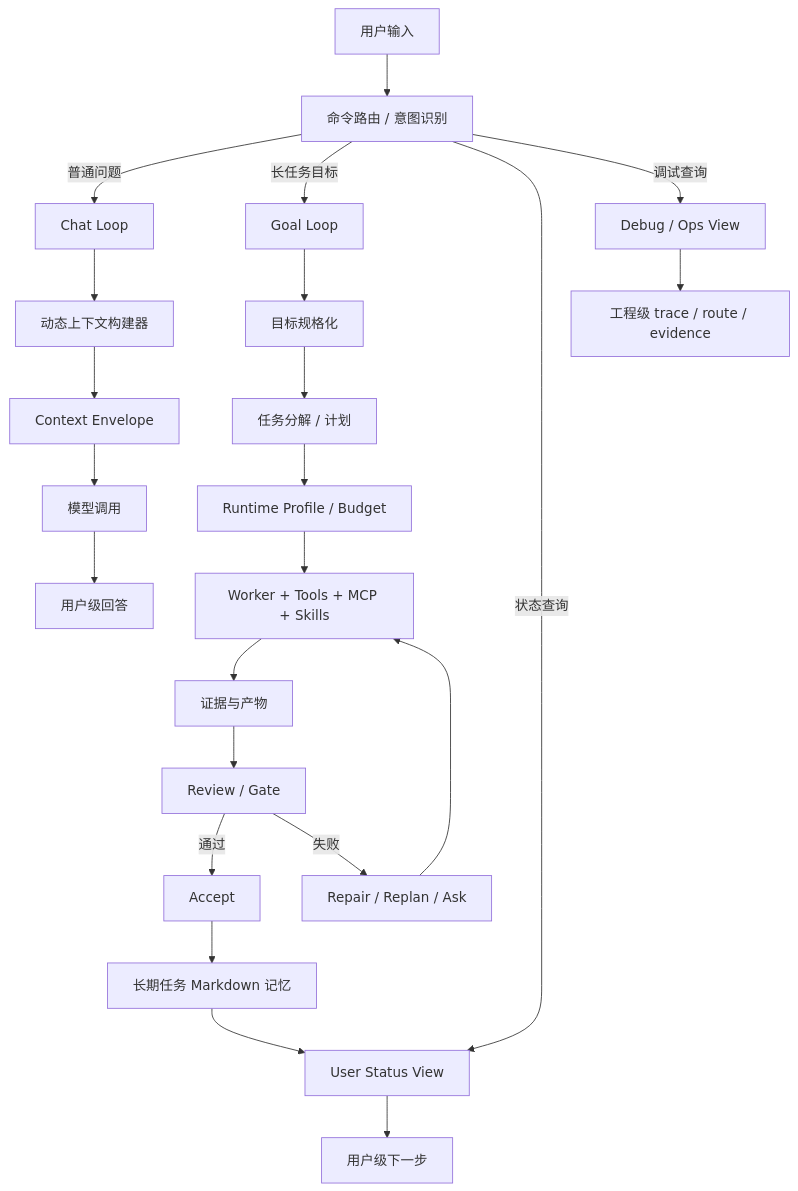
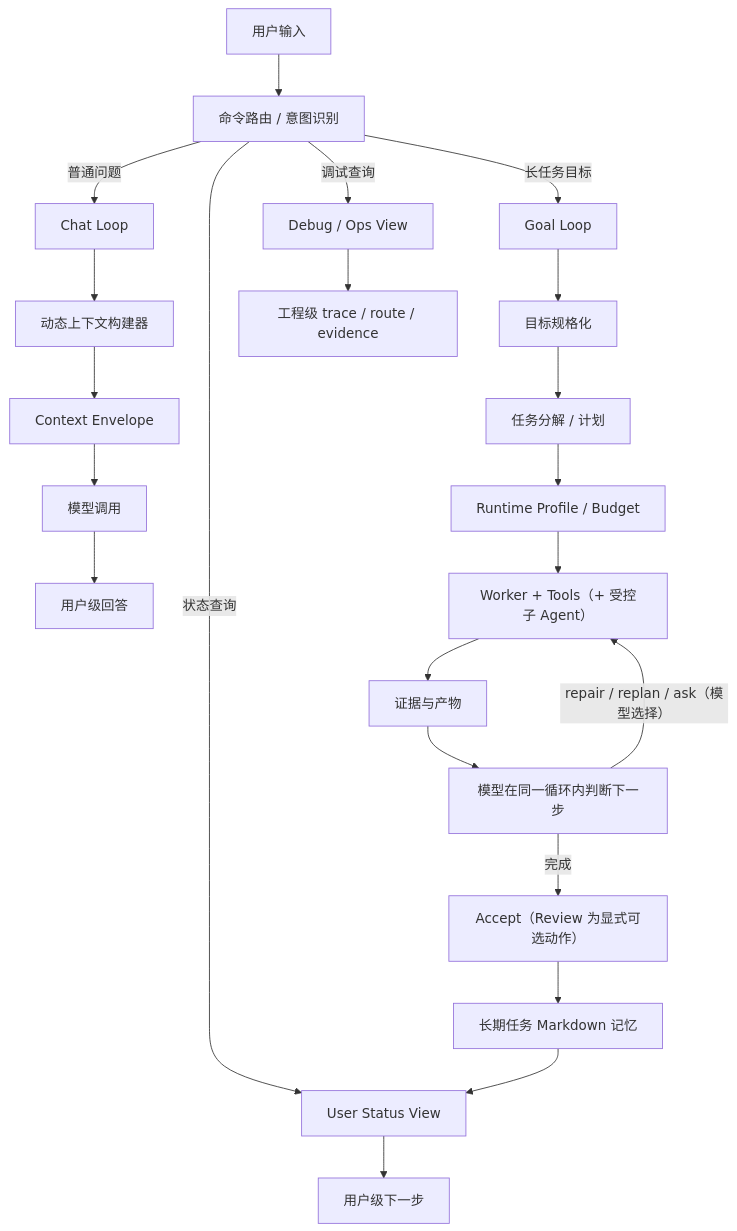
The first of 4 diagrams in docs/zh/大模型循环与动态上下文设计.md (z243802480/mult_agent_code), drawn with Mermaid before and after one commit. The commit also changed other lines of this file, not shown here.

First line of the commit message:
S74 P2-1/2/3: 大模型循环图去 auto-Gate→Repair / DebugAgent / 修正能力面

````diff
--- a/docs/zh/大模型循环与动态上下文设计.md
+++ b/docs/zh/大模型循环与动态上下文设计.md
@@ -44,29 +44,28 @@
 ```mermaid
 flowchart TD
     U["用户输入"] --> R["命令路由 / 意图识别"]
 
     R -->|普通问题| C["Chat Loop"]
     R -->|长任务目标| G["Goal Loop"]
     R -->|状态查询| S["User Status View"]
     R -->|调试查询| D["Debug / Ops View"]
 
     C --> CC["动态上下文构建器"]
     CC --> CE["Context Envelope"]
     CE --> CM["模型调用"]
     CM --> CA["用户级回答"]
 
     G --> GS["目标规格化"]
     GS --> PL["任务分解 / 计划"]
     PL --> RP["Runtime Profile / Budget"]
-    RP --> WK["Worker + Tools + MCP + Skills"]
+    RP --> WK["Worker + Tools（+ 受控子 Agent）"]
     WK --> EV["证据与产物"]
-    EV --> RV["Review / Gate"]
-    RV -->|通过| AC["Accept"]
-    RV -->|失败| FX["Repair / Replan / Ask"]
-    FX --> WK
+    EV --> NX["模型在同一循环内判断下一步"]
+    NX -->|repair / replan / ask（模型选择）| WK
+    NX -->|完成| AC["Accept（Review 为显式可选动作）"]
     AC --> MEM["长期任务 Markdown 记忆"]
     MEM --> S
 
     S --> SU["用户级下一步"]
     D --> DU["工程级 trace / route / evidence"]
 ```
````
